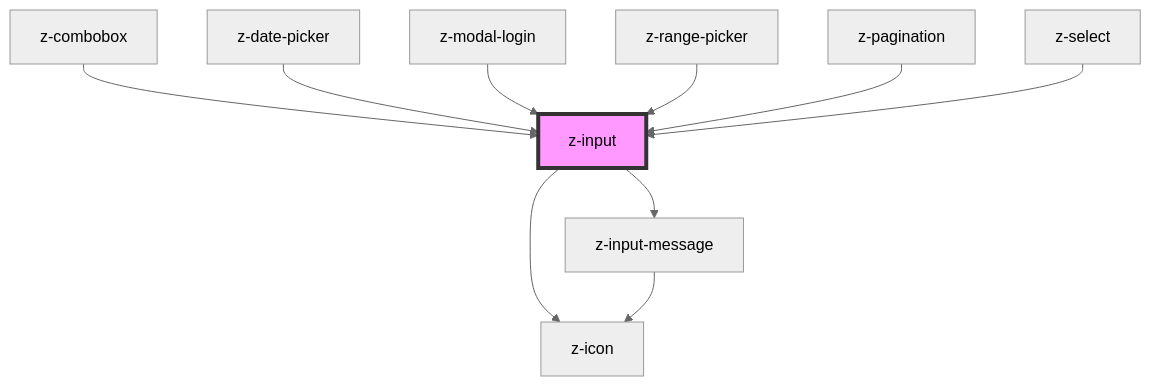
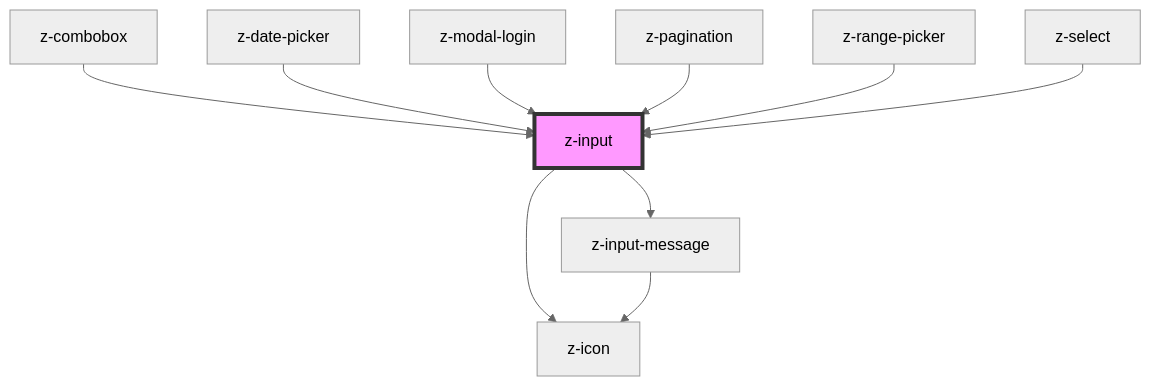
The diagram in src/components/inputs/z-input/readme.md (ZanichelliEditore/design-system), drawn with Mermaid (neutral theme) before and after one commit. The commit also changed other lines of this file and 7 other files, not shown here.

````diff
--- a/src/components/inputs/z-input/readme.md
+++ b/src/components/inputs/z-input/readme.md
@@ -182,13 +187,13 @@
 ```mermaid
 graph TD;
   z-input --> z-icon
   z-input --> z-input-message
   z-input-message --> z-icon
   z-combobox --> z-input
   z-date-picker --> z-input
   z-modal-login --> z-input
+  z-pagination --> z-input
   z-range-picker --> z-input
-  z-pagination --> z-input
   z-select --> z-input
   style z-input fill:#f9f,stroke:#333,stroke-width:4px
 ```
````
